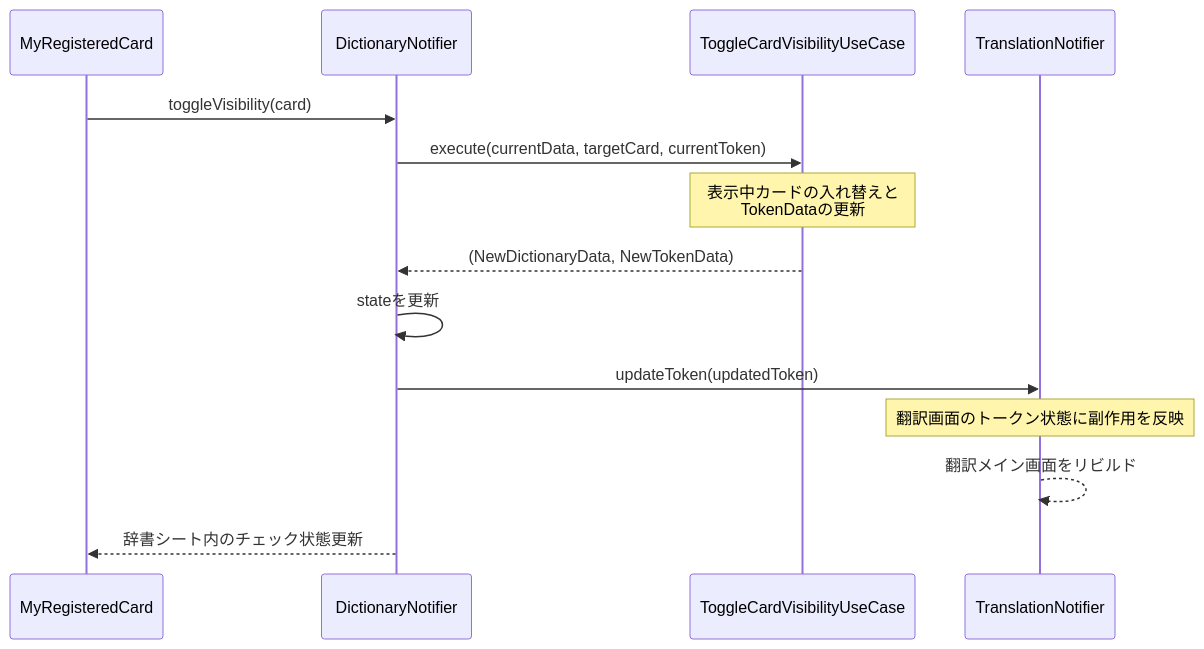
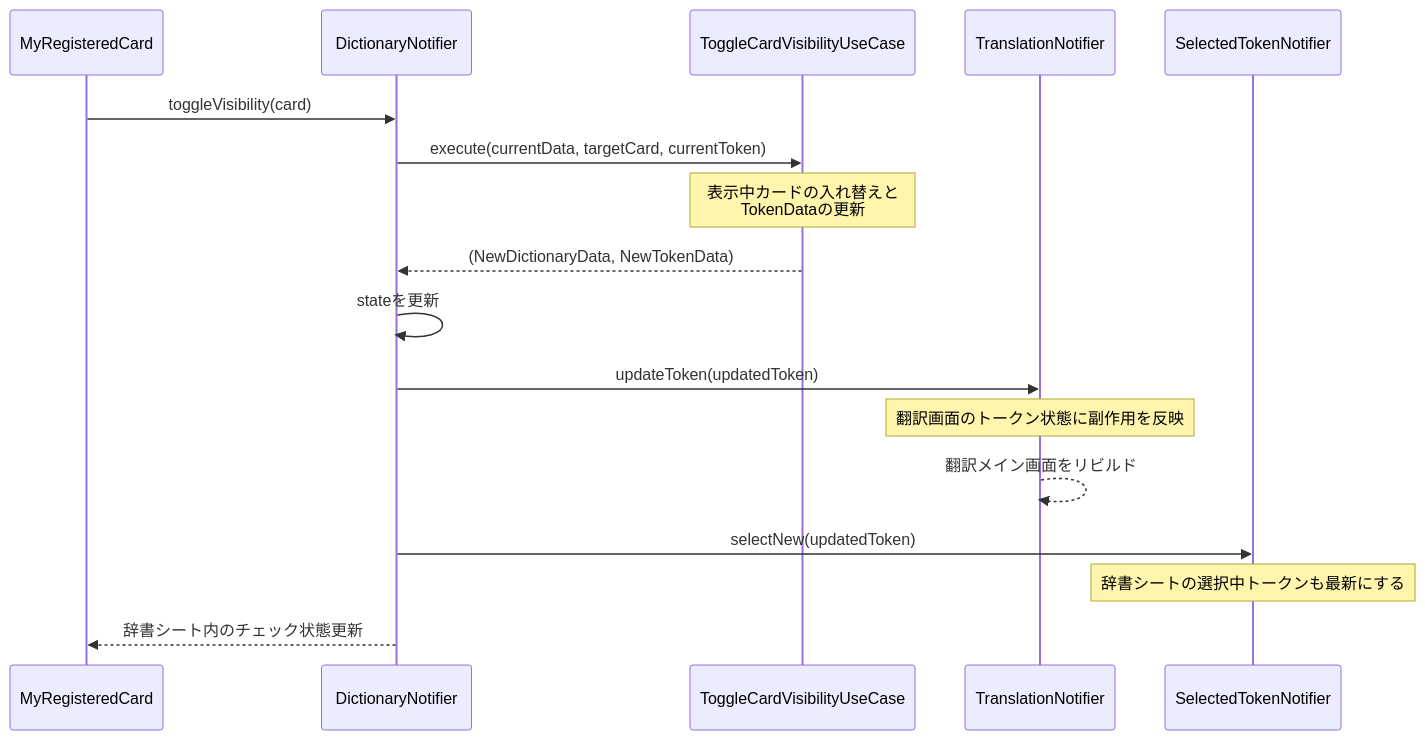
Before and after one commit to kokke1302/edb: the second of 2 diagrams in docs/人間向け技術資料.md, drawn with Mermaid. The commit also changed other lines of this file and 22 other files, not shown here.

````diff
--- a/docs/人間向け技術資料.md
+++ b/docs/人間向け技術資料.md
@@ -400,17 +429,20 @@
 ```mermaid
 sequenceDiagram
     participant UI as MyRegisteredCard
     participant DVM as DictionaryNotifier
     participant UC as ToggleCardVisibilityUseCase
     participant TVM as TranslationNotifier
+    participant STVM as SelectedTokenNotifier
 
     UI->>DVM: toggleVisibility(card)
     DVM->>UC: execute(currentData, targetCard, currentToken)
     Note over UC: 表示中カードの入れ替えと<br/>TokenDataの更新
     UC-->>DVM: (NewDictionaryData, NewTokenData)
     DVM->>DVM: stateを更新
     DVM->>TVM: updateToken(updatedToken)
     Note over TVM: 翻訳画面のトークン状態に副作用を反映
     TVM-->>TVM: 翻訳メイン画面をリビルド
+    DVM->>STVM: selectNew(updatedToken)
+    Note over STVM: 辞書シートの選択中トークンも最新にする
     DVM-->>UI: 辞書シート内のチェック状態更新
 ```
````
